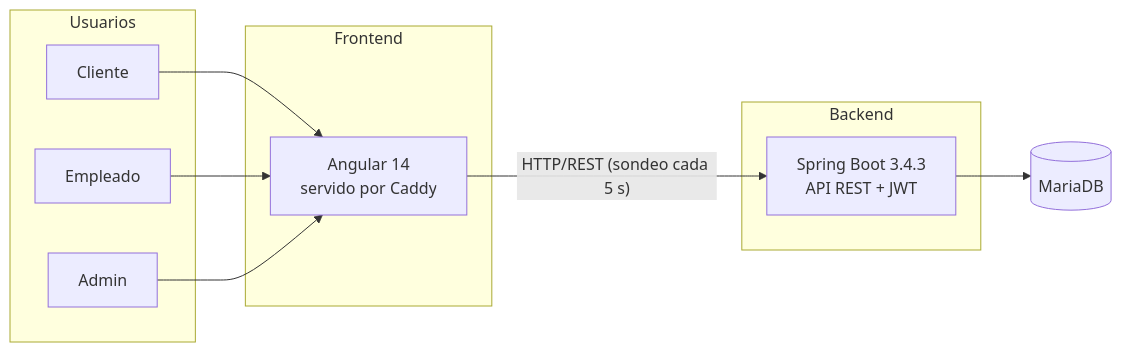
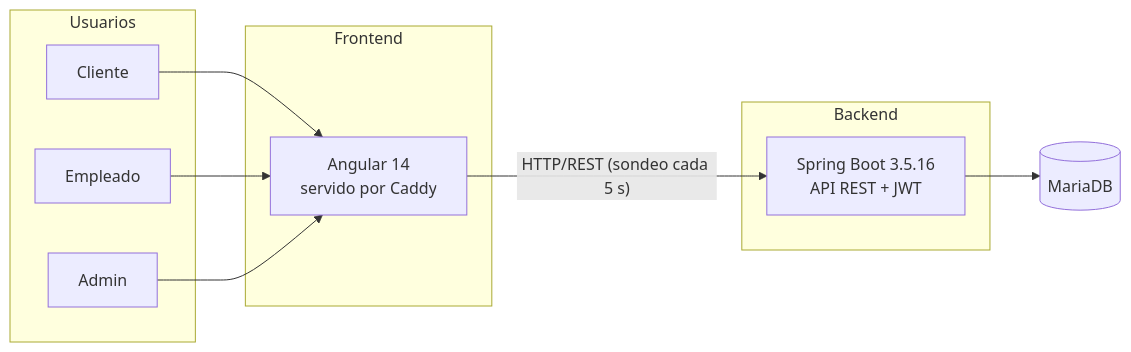
One commit to juanparejog/BarHub2.0 changed the diagram in docs/README.md. Above: the diagram before and after it, drawn with Mermaid. The commit also changed other lines of this file and 7 other files, not shown here.

````diff
--- a/docs/README.md
+++ b/docs/README.md
@@ -30,22 +30,22 @@
 ```mermaid
 flowchart LR
     subgraph Usuarios
         C[Cliente]
         E[Empleado]
         A[Admin]
     end
 
     subgraph Frontend
         F[Angular 14<br/>servido por Caddy]
     end
 
     subgraph Backend
-        API[Spring Boot 3.4.3<br/>API REST + JWT]
+        API[Spring Boot 3.5.16<br/>API REST + JWT]
     end
 
     DB[(MariaDB)]
 
     C & E & A --> F
     F -- "HTTP/REST (sondeo cada 5 s)" --> API
     API --> DB
 ```
````
